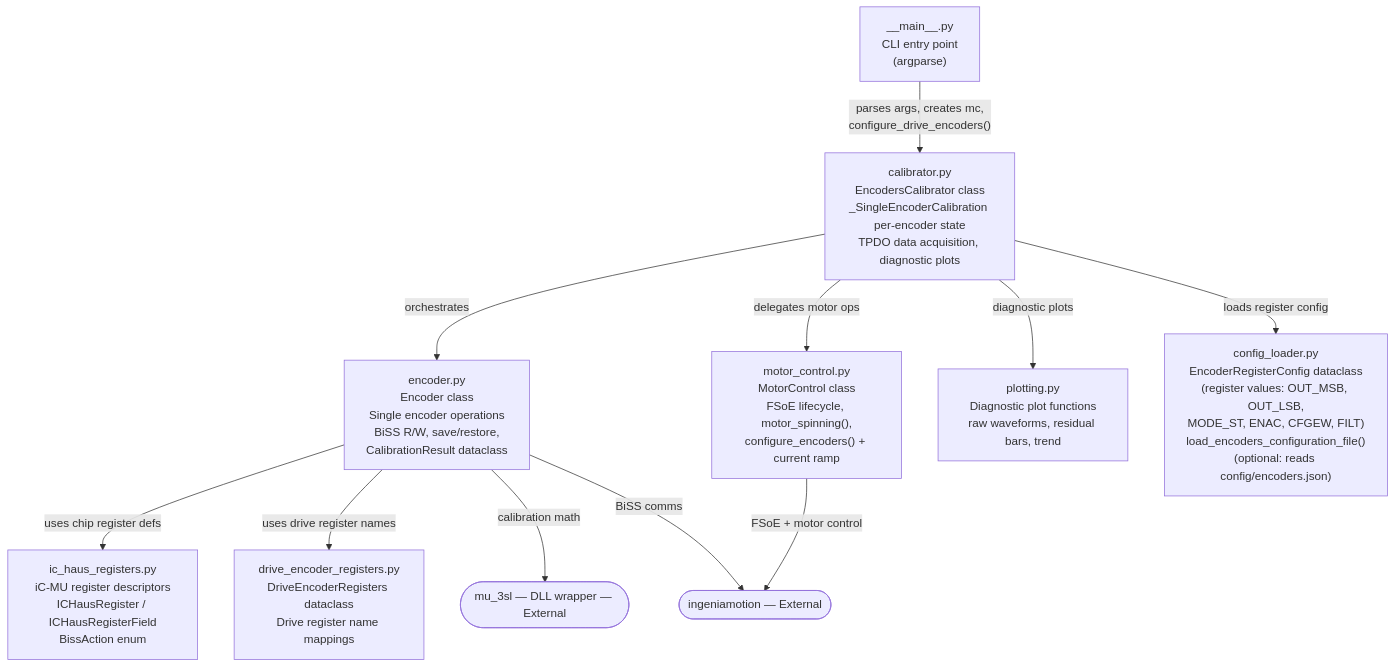
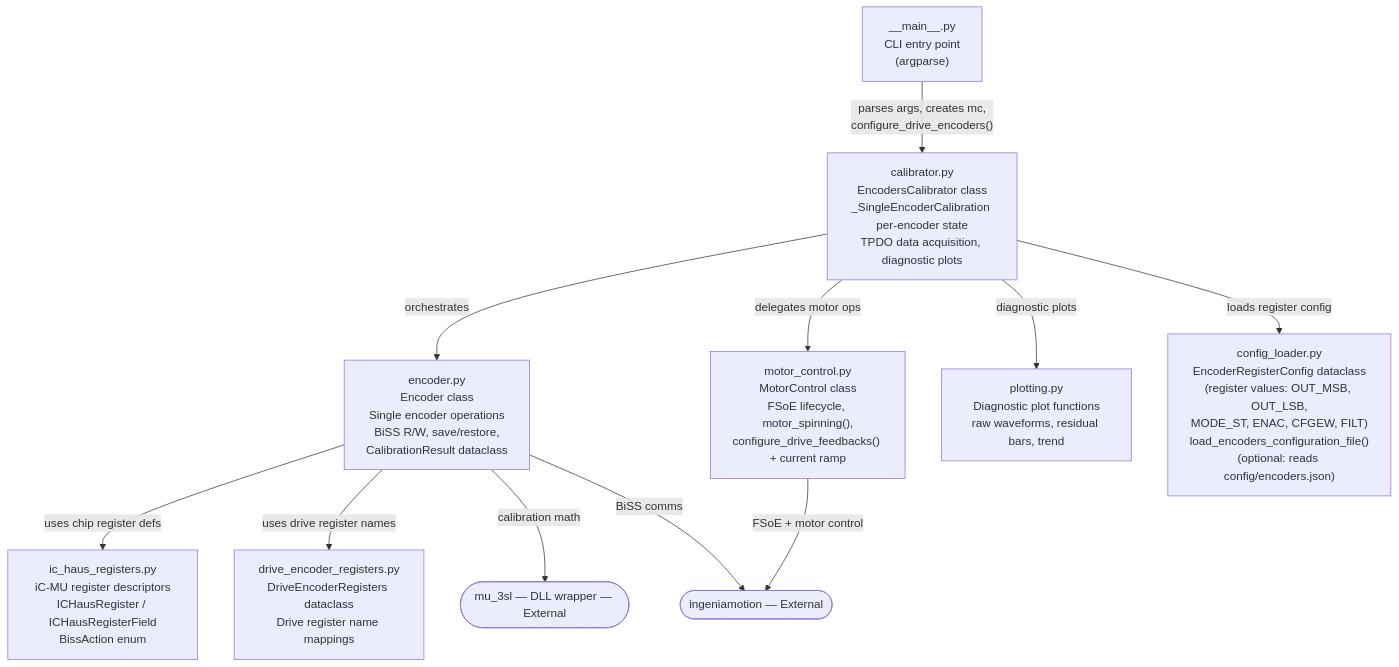
Before and after one commit to ingeniamc/iC-Haus-magnetic-encoder-calibration: the first of 3 diagrams in docs/architecture.md, drawn with Mermaid. The commit also changed other lines of this file, not shown here.

Commit message:
Update architecture documentation

````diff
--- a/docs/architecture.md
+++ b/docs/architecture.md
@@ -166,25 +166,25 @@
 ```mermaid
 flowchart TD
     MAIN["__main__.py<br/>CLI entry point<br/>(argparse)"]
     ICREG["ic_haus_registers.py<br/>iC-MU register descriptors<br/>ICHausRegister / ICHausRegisterField<br/>BissAction enum"]
     DRVREG["drive_encoder_registers.py<br/>DriveEncoderRegisters dataclass<br/>Drive register name mappings"]
     CFG["config_loader.py<br/>EncoderRegisterConfig dataclass<br/>(register values: OUT_MSB, OUT_LSB,<br/>MODE_ST, ENAC, CFGEW, FILT)<br/>load_encoders_configuration_file()<br/>(optional: reads config/encoders.json)"]
     ENC["encoder.py<br/>Encoder class<br/>Single encoder operations<br/>BiSS R/W, save/restore,<br/>CalibrationResult dataclass"]
-    MOT["motor_control.py<br/>MotorControl class<br/>FSoE lifecycle, motor_spinning(),<br/>configure_encoders() + current ramp"]
+    MOT["motor_control.py<br/>MotorControl class<br/>FSoE lifecycle, motor_spinning(),<br/>configure_drive_feedbacks() + current ramp"]
     CAL["calibrator.py<br/>EncodersCalibrator class<br/>_SingleEncoderCalibration per-encoder state<br/>TPDO data acquisition, diagnostic plots"]
     PLOT["plotting.py<br/>Diagnostic plot functions<br/>raw waveforms, residual bars, trend"]
 
     MU([mu_3sl — DLL wrapper — External])
     IM([ingeniamotion — External])
 
     MAIN -->|"parses args, creates mc,<br/>configure_drive_encoders()"| CAL
     CAL -->|"orchestrates"| ENC
     CAL -->|"delegates motor ops"| MOT
     CAL -->|"diagnostic plots"| PLOT
     CAL -->|"loads register config"| CFG
     MOT -->|"FSoE + motor control"| IM
     ENC -->|"uses chip register defs"| ICREG
     ENC -->|"uses drive register names"| DRVREG
     ENC -->|"calibration math"| MU
     ENC -->|"BiSS comms"| IM
 ```
````
